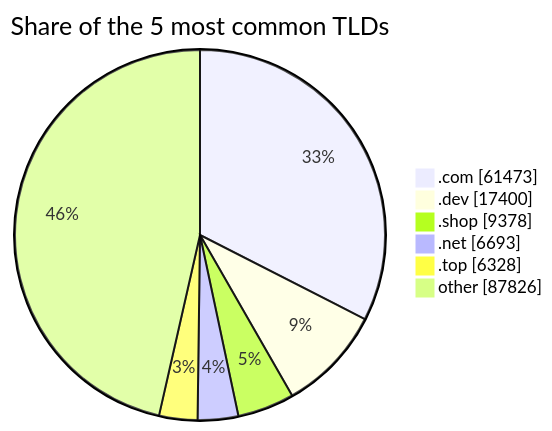
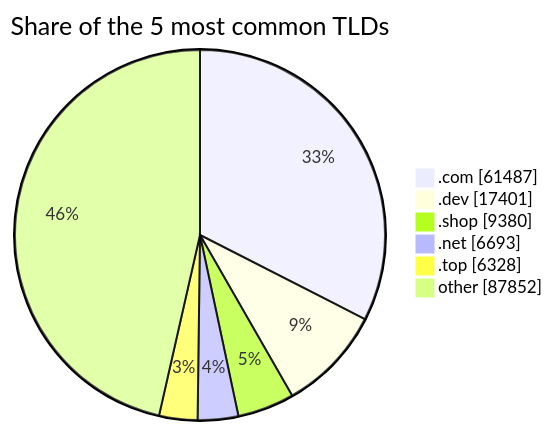
One commit to DNSBunker/CTI changed the third of 3 diagrams in README.md. Above: the diagram before and after it, drawn with Mermaid. The commit also changed other lines of this file and 3 other files, not shown here.

````diff
--- a/README.md
+++ b/README.md
@@ -81,9 +81,9 @@
 ```mermaid
 pie showData title Share of the 5 most common TLDs
-    ".com" : 61473
-    ".dev" : 17400
-    ".shop" : 9378
+    ".com" : 61487
+    ".dev" : 17401
+    ".shop" : 9380
     ".net" : 6693
     ".top" : 6328
-    "other" : 87826
+    "other" : 87852
 ```
````
